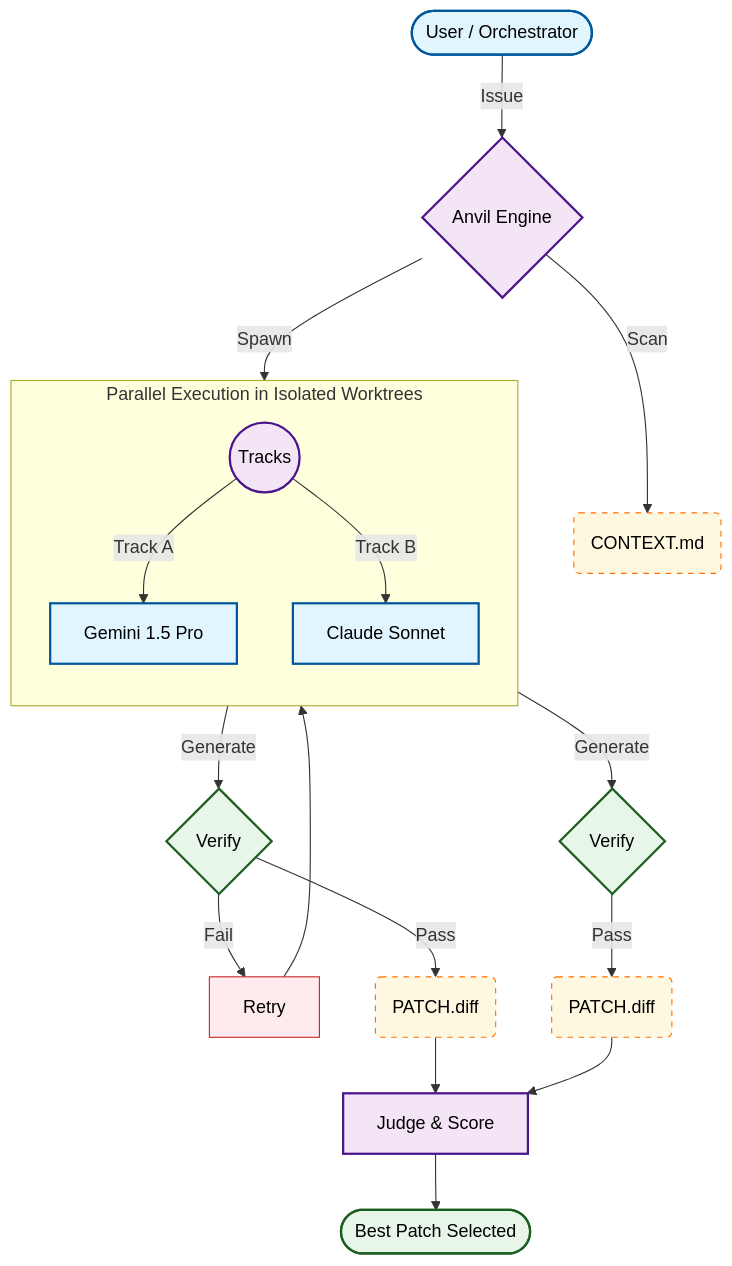
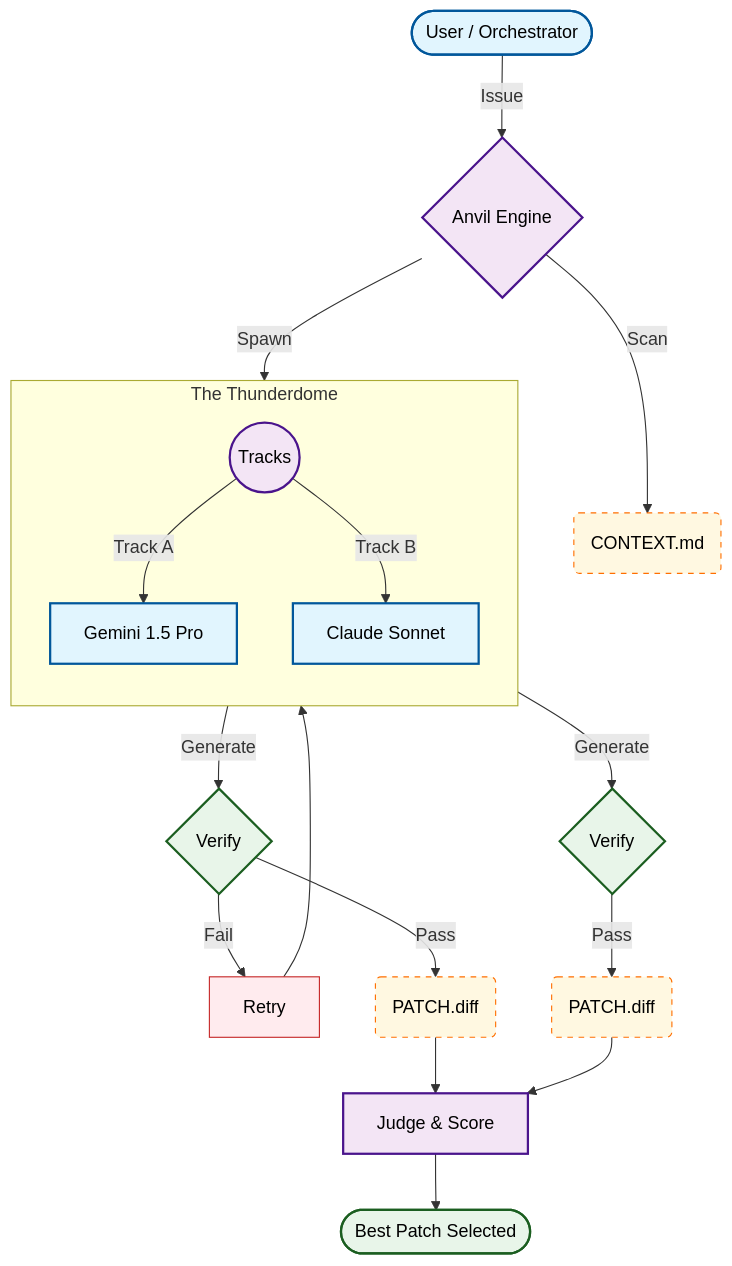
The diagram in README.md (grahama1970/anvil), drawn with Mermaid before and after one commit.

Commit message:
docs: rename diagram box to The Thunderdome

````diff
--- a/README.md
+++ b/README.md
@@ -50,42 +50,42 @@
 ```mermaid
 flowchart TD
     %% Nodes
     User(["User / Orchestrator"])
     Anvil{"Anvil Engine"}
     Context("CONTEXT.md")
     Judge["Judge & Score"]
     Winner(["Best Patch Selected"])
     Dispatcher(("Tracks"))
 
     %% Styles
     classDef actor fill:#e1f5fe,stroke:#01579b,stroke-width:2px,color:#000
     classDef process fill:#f3e5f5,stroke:#4a148c,stroke-width:2px,color:#000
     classDef file fill:#fff8e1,stroke:#ff6f00,stroke-width:1px,stroke-dasharray: 5 5,color:#000
     classDef decision fill:#e8f5e9,stroke:#1b5e20,stroke-width:2px,color:#000
     classDef fail fill:#ffebee,stroke:#c62828,stroke-width:1px,color:#000
 
     %% Main Flow
     User:::actor -->|"Issue"| Anvil:::process
     Anvil -->|"Scan"| Context:::file
     Anvil -->|"Spawn"| Dispatcher:::process
 
-    subgraph Worktrees ["Parallel Execution in Isolated Worktrees"]
+    subgraph Worktrees ["The Thunderdome"]
         direction TB
         Dispatcher -->|"Track A"| Gemini["Gemini 1.5 Pro"]:::actor
         Dispatcher -->|"Track B"| Claude["Claude Sonnet"]:::actor
     end
 
     %% Track A Cycle
     Gemini -->|"Generate"| VerifyG{"Verify"}:::decision
     VerifyG -->|"Fail"| RetryG["Retry"]:::fail
     RetryG --> Gemini
     VerifyG -->|"Pass"| PatchG("PATCH.diff"):::file
 
     %% Track B Cycle
     Claude -->|"Generate"| VerifyC{"Verify"}:::decision
     VerifyC -->|"Pass"| PatchC("PATCH.diff"):::file
 
     %% Merging
     PatchG & PatchC --> Judge:::process
     Judge --> Winner:::decision
 ```
````
